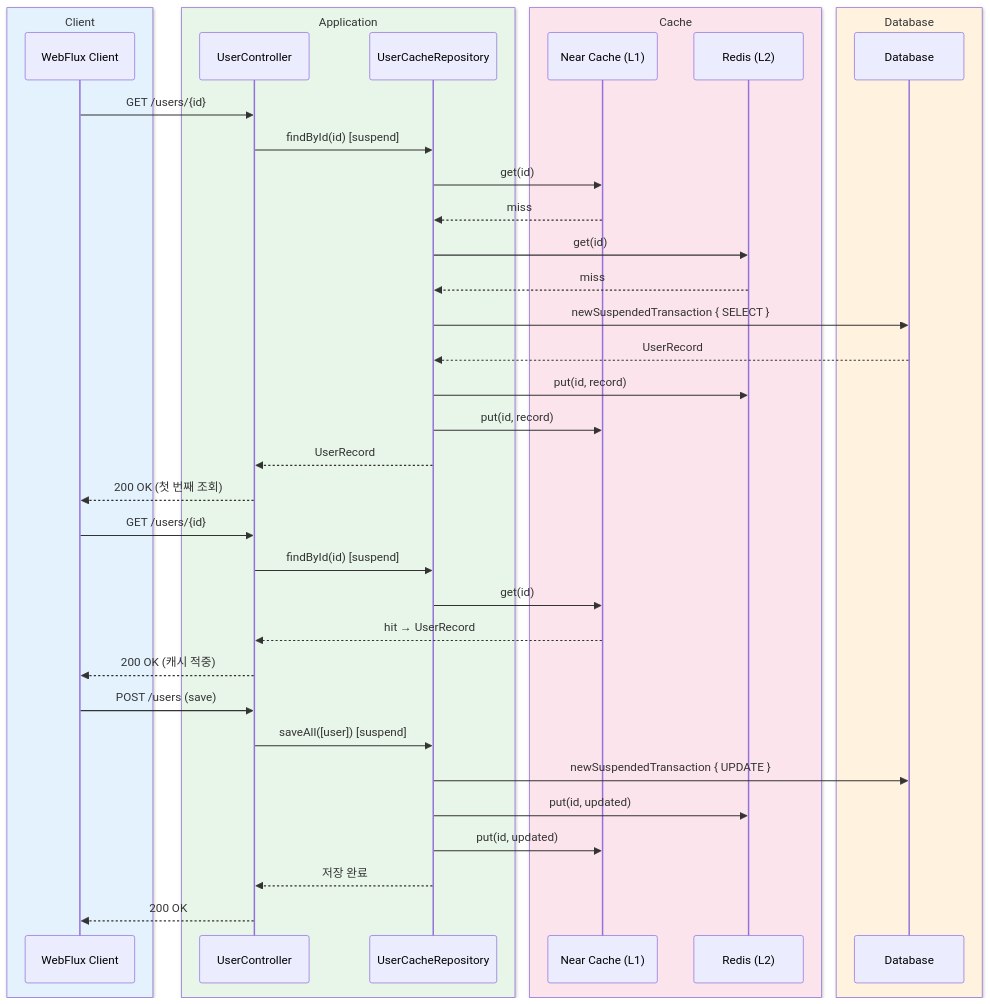
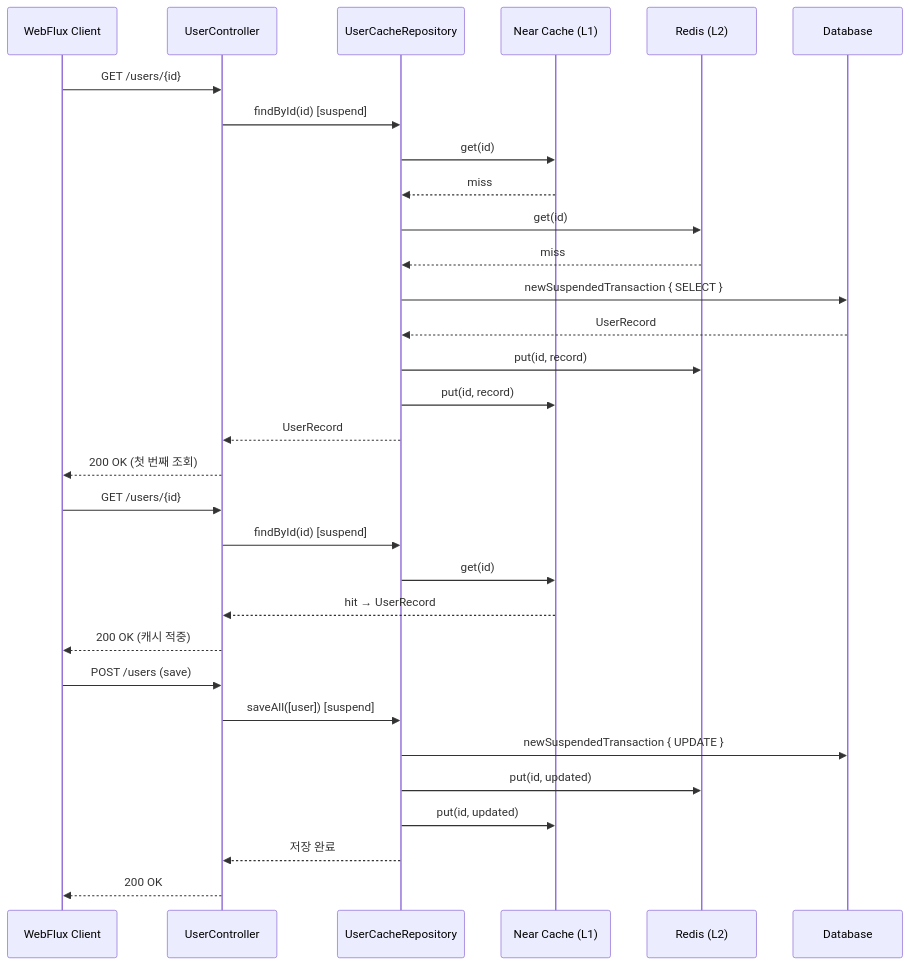
One commit to bluetape4k/exposed-workshop changed the fourth of 4 diagrams in 11-high-performance/02-cache-strategies-coroutines/README.ko.md. Above: the diagram before and after it, drawn with Mermaid. The commit also changed other lines of this file and 42 other files, not shown here.

First line of the commit message:
docs: sequence diagram에서 box rgb() 제거 (option 1 - GitHub dark mode 기본 렌더링 사용)

````diff
--- a/11-high-performance/02-cache-strategies-coroutines/README.ko.md
+++ b/11-high-performance/02-cache-strategies-coroutines/README.ko.md
@@ -188,42 +180,34 @@
 ```mermaid
 %%{init: {"theme": "neutral", "themeVariables": {"fontFamily": "'Comic Mono', 'goorm sans code', 'JetBrains Mono', 'goorm sans'"}}}%%
 sequenceDiagram
-    box rgb(227, 242, 253) Client
-        participant C as WebFlux Client
-    end
-    box rgb(232, 245, 233) Application
-        participant Ctrl as UserController
-        participant R as UserCacheRepository
-    end
-    box rgb(252, 228, 236) Cache
-        participant NC as Near Cache (L1)
-        participant RD as Redis (L2)
-    end
-    box rgb(255, 243, 224) Database
-        participant DB as Database
-    end
+    participant C as WebFlux Client
+    participant Ctrl as UserController
+    participant R as UserCacheRepository
+    participant NC as Near Cache (L1)
+    participant RD as Redis (L2)
+    participant DB as Database
     C ->> Ctrl: GET /users/{id}
     Ctrl ->> R: findById(id) [suspend]
     R ->> NC: get(id)
     NC -->> R: miss
     R ->> RD: get(id)
     RD -->> R: miss
     R ->> DB: newSuspendedTransaction { SELECT }
     DB -->> R: UserRecord
     R ->> RD: put(id, record)
     R ->> NC: put(id, record)
     R -->> Ctrl: UserRecord
     Ctrl -->> C: 200 OK (첫 번째 조회)
     C ->> Ctrl: GET /users/{id}
     Ctrl ->> R: findById(id) [suspend]
     R ->> NC: get(id)
     NC -->> Ctrl: hit → UserRecord
     Ctrl -->> C: 200 OK (캐시 적중)
     C ->> Ctrl: POST /users (save)
     Ctrl ->> R: saveAll([user]) [suspend]
     R ->> DB: newSuspendedTransaction { UPDATE }
     R ->> RD: put(id, updated)
     R ->> NC: put(id, updated)
     R -->> Ctrl: 저장 완료
     Ctrl -->> C: 200 OK
 ```
````
